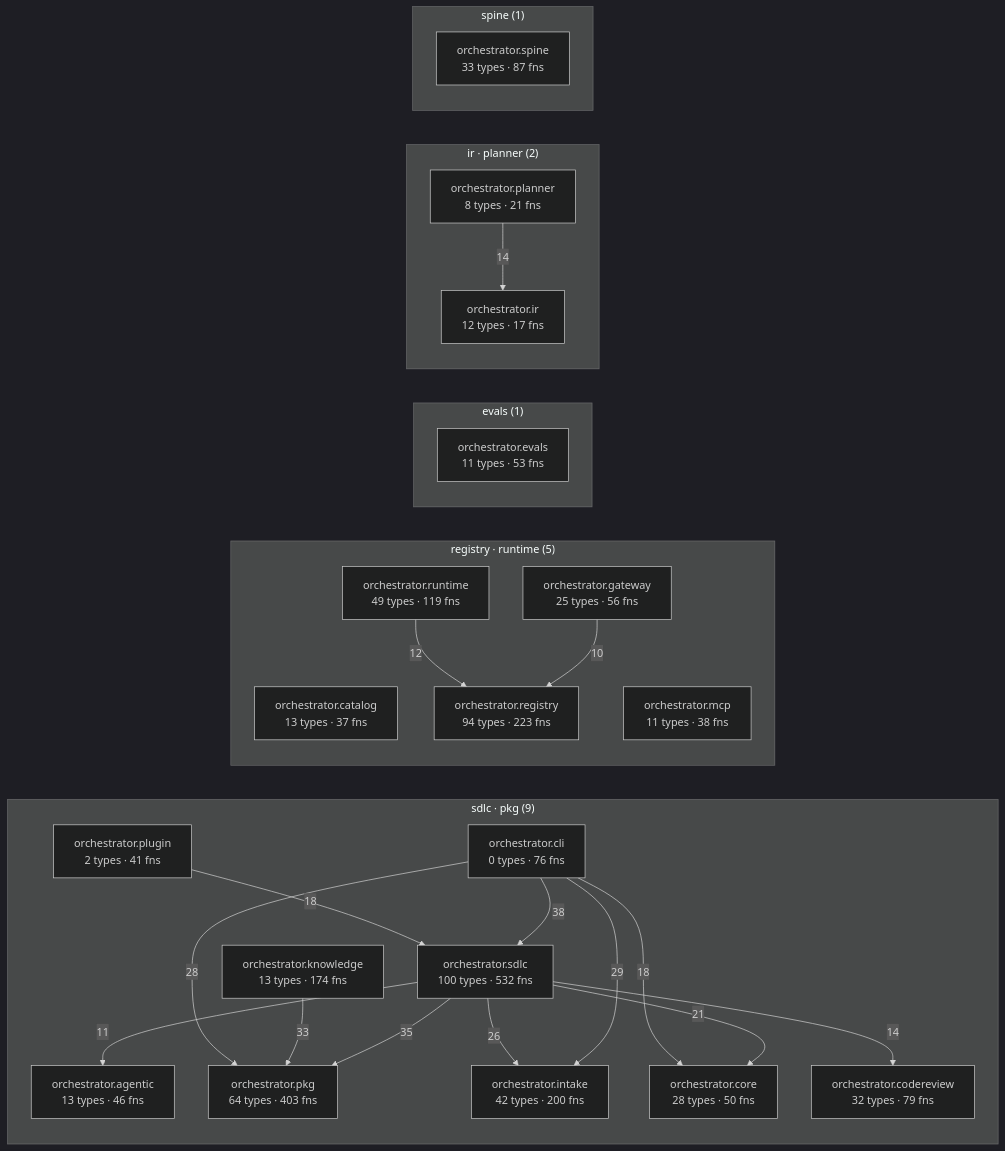
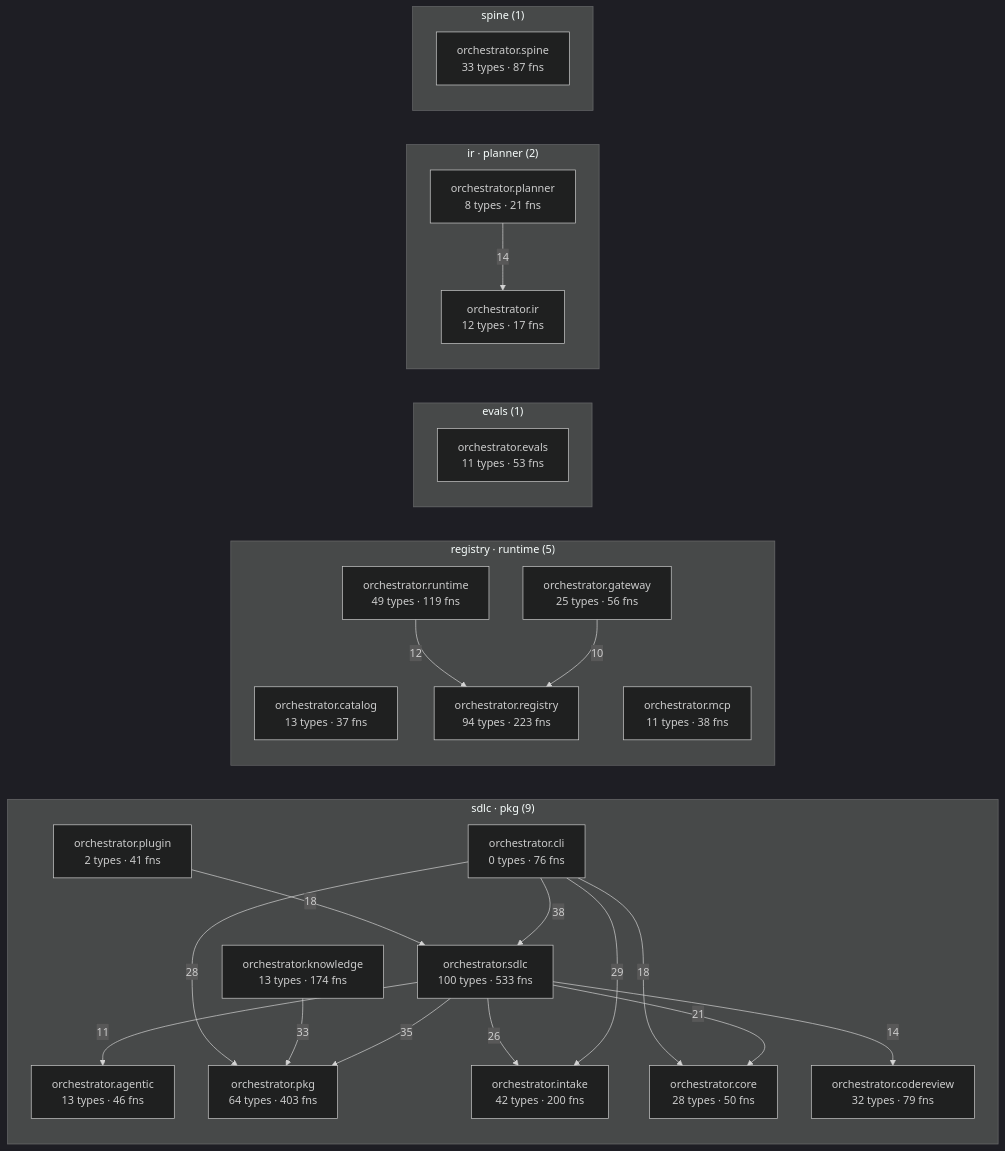
One commit to synaptixs/spine changed the diagram in episteme/architecture.md. Above: the diagram before and after it, drawn with Mermaid (dark theme). The commit also changed other lines of this file and 11 other files, not shown here.

````diff
--- a/episteme/architecture.md
+++ b/episteme/architecture.md
@@ -54,45 +54,45 @@
 ```mermaid
 flowchart LR
   subgraph c_1["sdlc · pkg (9)"]
     aorchestratoragentic["orchestrator.agentic<br/>13 types · 46 fns"]
     aorchestratorcli["orchestrator.cli<br/>0 types · 76 fns"]
     aorchestratorcodereview["orchestrator.codereview<br/>32 types · 79 fns"]
     aorchestratorcore["orchestrator.core<br/>28 types · 50 fns"]
     aorchestratorintake["orchestrator.intake<br/>42 types · 200 fns"]
     aorchestratorknowledge["orchestrator.knowledge<br/>13 types · 174 fns"]
     aorchestratorpkg["orchestrator.pkg<br/>64 types · 403 fns"]
     aorchestratorplugin["orchestrator.plugin<br/>2 types · 41 fns"]
-    aorchestratorsdlc["orchestrator.sdlc<br/>100 types · 532 fns"]
+    aorchestratorsdlc["orchestrator.sdlc<br/>100 types · 533 fns"]
   end
   subgraph c_3["registry · runtime (5)"]
     aorchestratorcatalog["orchestrator.catalog<br/>13 types · 37 fns"]
     aorchestratorgateway["orchestrator.gateway<br/>25 types · 56 fns"]
     aorchestratormcp["orchestrator.mcp<br/>11 types · 38 fns"]
     aorchestratorregistry["orchestrator.registry<br/>94 types · 223 fns"]
     aorchestratorruntime["orchestrator.runtime<br/>49 types · 119 fns"]
   end
   subgraph c_5["evals (1)"]
     aorchestratorevals["orchestrator.evals<br/>11 types · 53 fns"]
   end
   subgraph c_7["ir · planner (2)"]
     aorchestratorir["orchestrator.ir<br/>12 types · 17 fns"]
     aorchestratorplanner["orchestrator.planner<br/>8 types · 21 fns"]
   end
   subgraph c_10["spine (1)"]
     aorchestratorspine["orchestrator.spine<br/>33 types · 87 fns"]
   end
   aorchestratorcli -->|38| aorchestratorsdlc
   aorchestratorsdlc -->|35| aorchestratorpkg
   aorchestratorknowledge -->|33| aorchestratorpkg
   aorchestratorcli -->|29| aorchestratorintake
   aorchestratorcli -->|28| aorchestratorpkg
   aorchestratorsdlc -->|26| aorchestratorintake
   aorchestratorsdlc -->|21| aorchestratorcore
   aorchestratorcli -->|18| aorchestratorcore
   aorchestratorplugin -->|18| aorchestratorsdlc
   aorchestratorplanner -->|14| aorchestratorir
   aorchestratorsdlc -->|14| aorchestratorcodereview
   aorchestratorruntime -->|12| aorchestratorregistry
   aorchestratorsdlc -->|11| aorchestratoragentic
   aorchestratorgateway -->|10| aorchestratorregistry
 ```
````
